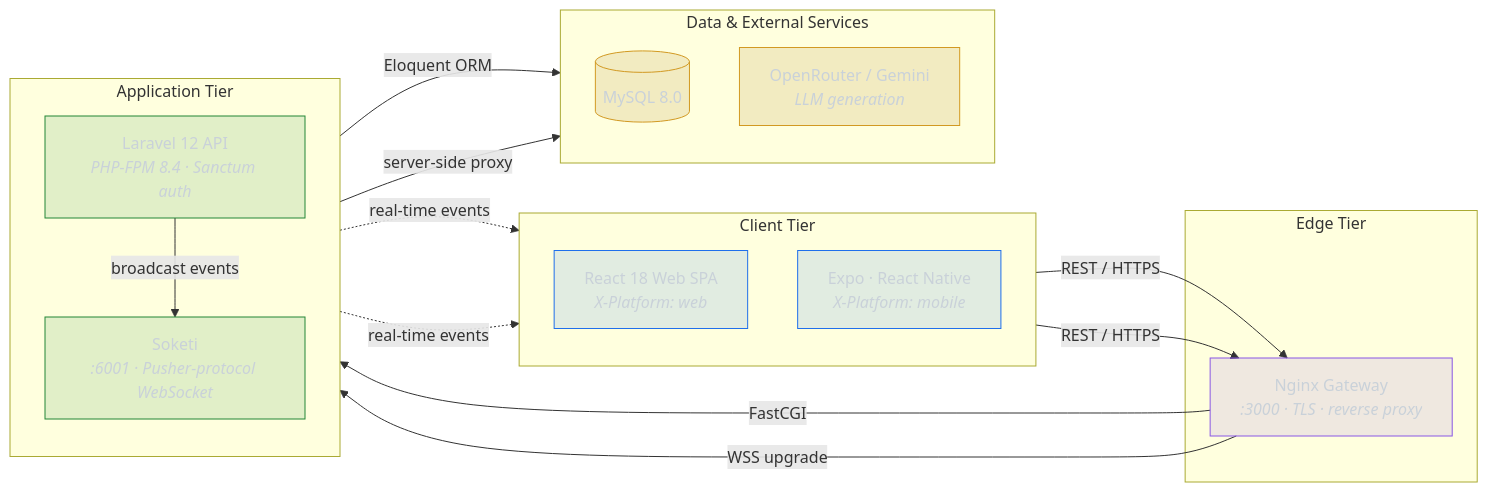
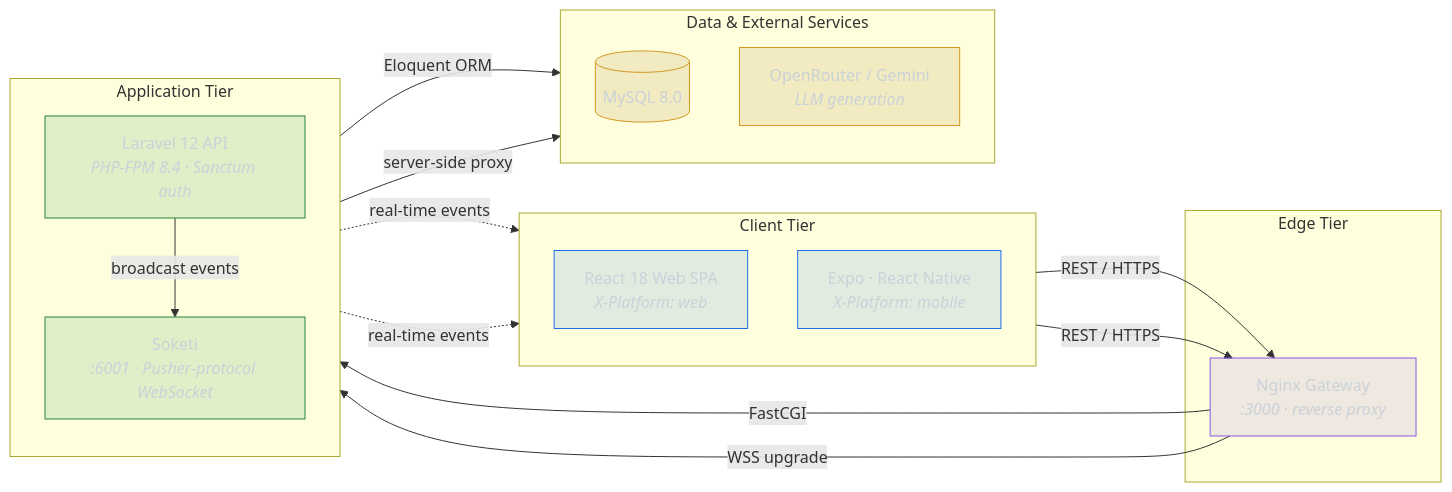
The second of 2 diagrams in README.md (ijanvincent/cognivia), drawn with Mermaid before and after one commit. The commit also changed other lines of this file, not shown here.

First line of the commit message:
docs(readme): fix port, mobile-WIP and TLS inaccuracies from review

````diff
--- a/README.md
+++ b/README.md
@@ -117,46 +117,46 @@
 ```mermaid
 flowchart LR
     subgraph clients["Client Tier"]
         direction TB
         Web["React 18 Web SPA<br/><i>X-Platform: web</i>"]
         Mobile["Expo · React Native<br/><i>X-Platform: mobile</i>"]
     end
 
     subgraph edge["Edge Tier"]
-        GW["Nginx Gateway<br/><i>:3000 · TLS · reverse proxy</i>"]
+        GW["Nginx Gateway<br/><i>:3000 · reverse proxy</i>"]
     end
 
     subgraph app["Application Tier"]
         direction TB
         API["Laravel 12 API<br/><i>PHP-FPM 8.4 · Sanctum auth</i>"]
         Soketi["Soketi<br/><i>:6001 · Pusher-protocol WebSocket</i>"]
     end
 
     subgraph data["Data &amp; External Services"]
         direction TB
         DB[("MySQL 8.0")]
         AI["OpenRouter / Gemini<br/><i>LLM generation</i>"]
     end
 
     Web    -- "REST / HTTPS" --> GW
     Mobile -- "REST / HTTPS" --> GW
     GW     -- "FastCGI" --> API
     GW     -- "WSS upgrade" --> Soketi
 
     API -- "Eloquent ORM" --> DB
     API -- "broadcast events" --> Soketi
     API -- "server-side proxy" --> AI
 
     Soketi -. "real-time events" .-> Web
     Soketi -. "real-time events" .-> Mobile
 
     classDef client fill:#1f6feb22,stroke:#1f6feb,stroke-width:1px,color:#c9d1d9;
     classDef gateway fill:#8957e522,stroke:#8957e5,stroke-width:1px,color:#c9d1d9;
     classDef service fill:#23863622,stroke:#238636,stroke-width:1px,color:#c9d1d9;
     classDef store fill:#9e6a0322,stroke:#d29922,stroke-width:1px,color:#c9d1d9;
 
     class Web,Mobile client;
     class GW gateway;
     class API,Soketi service;
     class DB,AI store;
 ```
````
